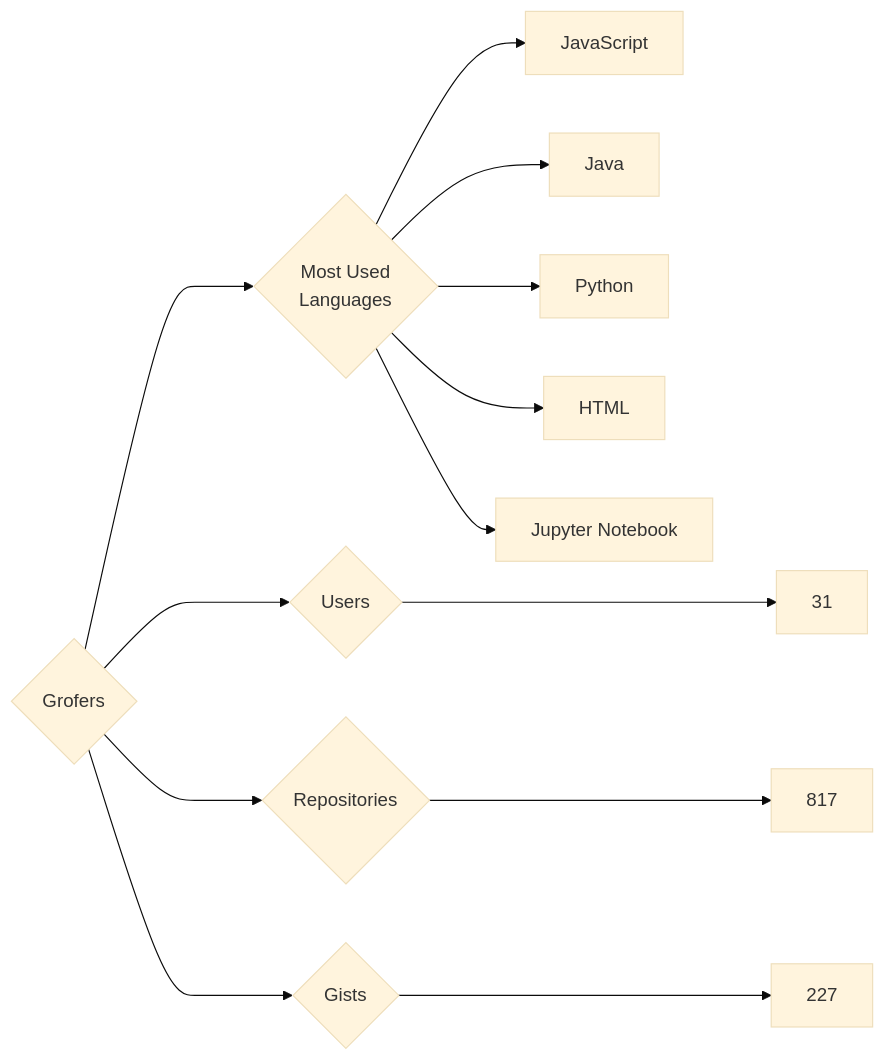
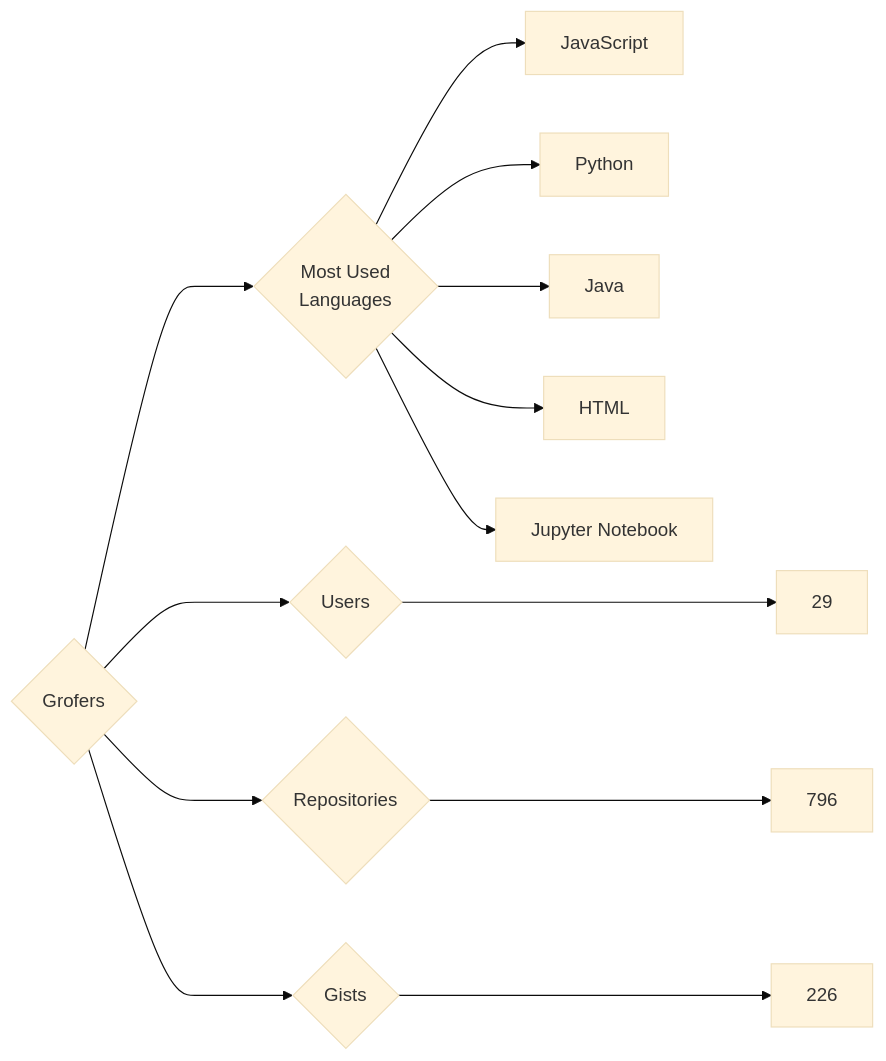
The diagram in targets/Grofers/README.md (trickest/insiders), drawn with Mermaid (base theme) before and after one commit. The commit also changed 912 other files, not shown here.

````diff
--- a/targets/Grofers/README.md
+++ b/targets/Grofers/README.md
@@ -3,13 +3,13 @@
 ```mermaid
 graph LR
 COMPANY_NAME{Grofers}
-COMPANY_NAME ---> U{Users} ---> UN[31]
-COMPANY_NAME ---> R{Repositories} ---> RN[817]
-COMPANY_NAME ---> G{Gists} ---> GN[227]
+COMPANY_NAME ---> U{Users} ---> UN[29]
+COMPANY_NAME ---> R{Repositories} ---> RN[796]
+COMPANY_NAME ---> G{Gists} ---> GN[226]
 COMPANY_NAME ---> ML{Most Used<br>Languages}
 ML --> JavaScript[JavaScript]
+ML --> Python[Python]
 ML --> Java[Java]
-ML --> Python[Python]
 ML --> HTML[HTML]
 ML --> Jupyter_Notebook[Jupyter Notebook]
 ```
````
